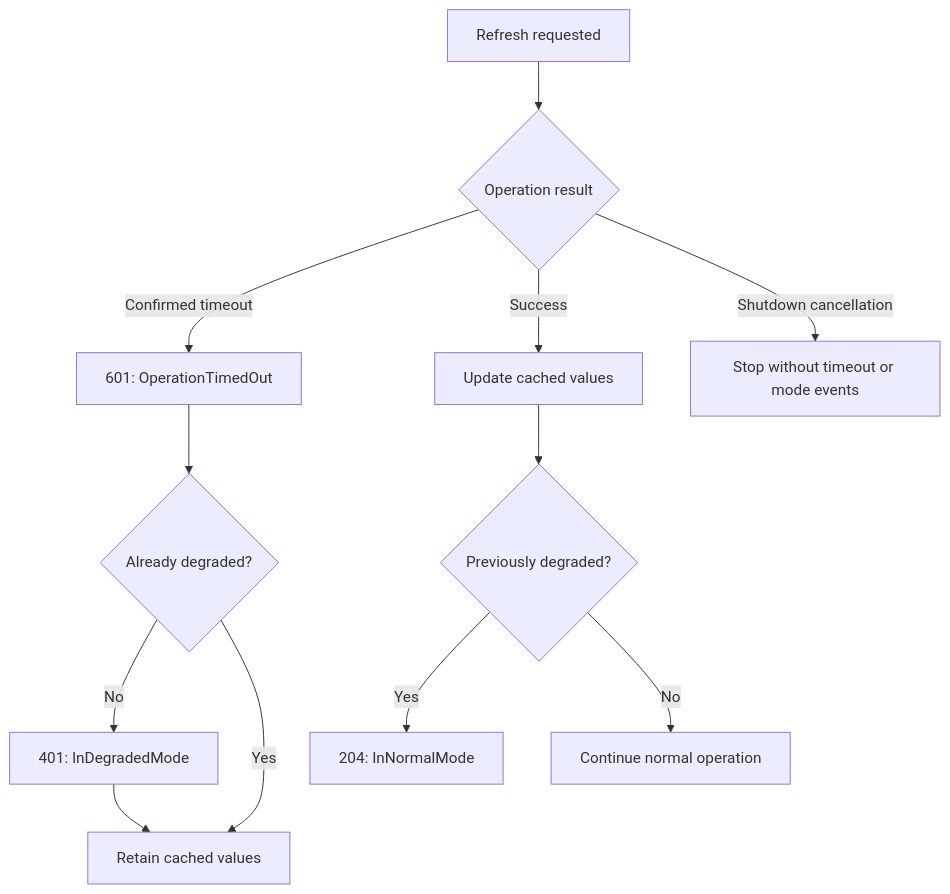
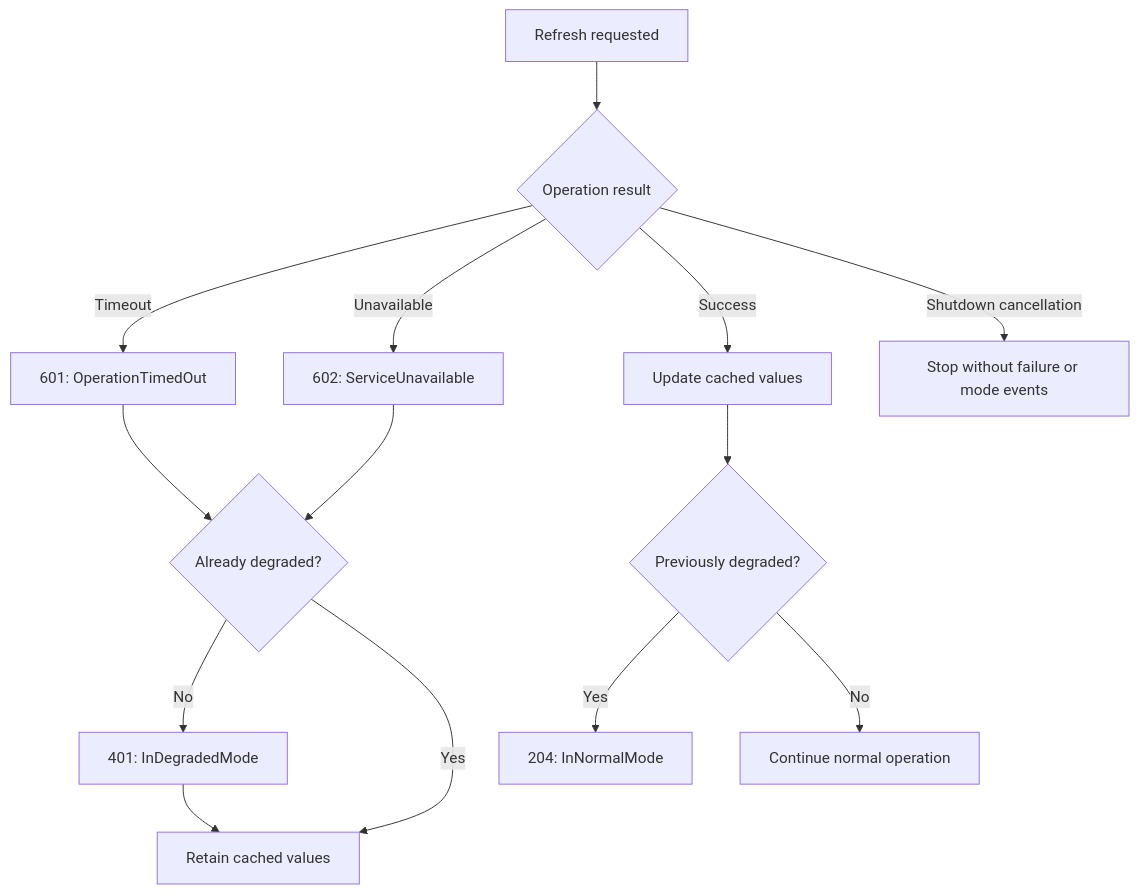
One commit to patware/Patware.Diagnostics changed the diagram in docs/architecture/EXTERNAL-OPERATIONS.md. Above: the diagram before and after it, drawn with Mermaid. The commit also changed other lines of this file and 16 other files, not shown here.

````diff
--- a/docs/architecture/EXTERNAL-OPERATIONS.md
+++ b/docs/architecture/EXTERNAL-OPERATIONS.md
@@ -29,14 +46,16 @@
 ```mermaid
 flowchart TD
     A[Refresh requested] --> B{Operation result}
-    B -->|Confirmed timeout| C[601: OperationTimedOut]
+    B -->|Timeout| C[601: OperationTimedOut]
+    B -->|Unavailable| U[602: ServiceUnavailable]
     C --> D{Already degraded?}
+    U --> D
     D -->|No| E[401: InDegradedMode]
     D -->|Yes| F[Retain cached values]
     E --> F
     B -->|Success| G[Update cached values]
     G --> H{Previously degraded?}
     H -->|Yes| I[204: InNormalMode]
     H -->|No| J[Continue normal operation]
-    B -->|Shutdown cancellation| K[Stop without timeout or mode events]
+    B -->|Shutdown cancellation| K[Stop without failure or mode events]
 ```
````
